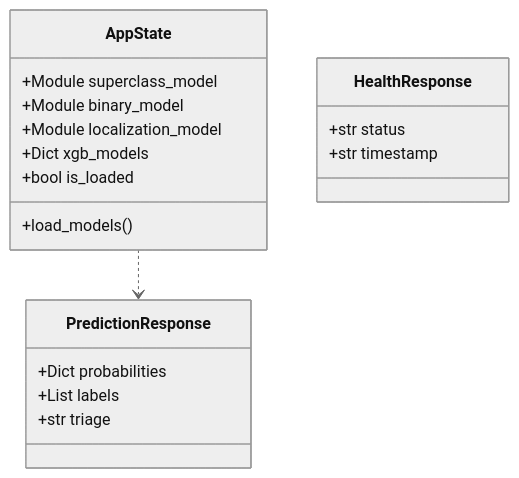
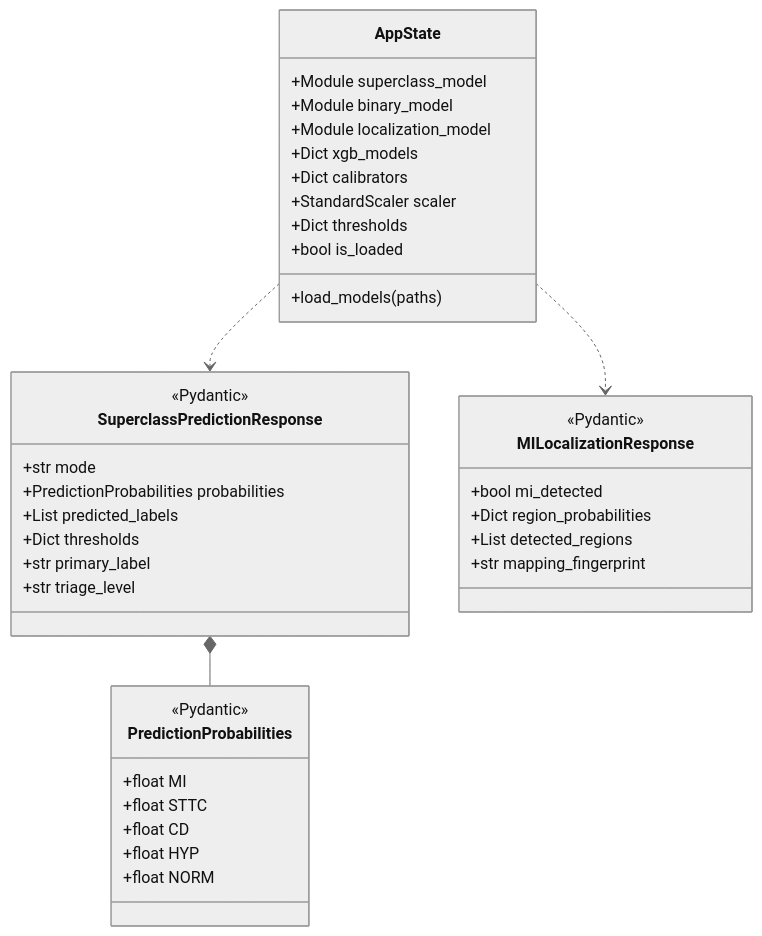
One commit to mUsaulug/CardioGuard-AI changed the fifth of 7 diagrams in docs/diagrams/03_class_diagram.md. Above: the diagram before and after it, drawn with Mermaid (neutral theme). The commit also changed other lines of this file and 3 other files, not shown here.

````diff
--- a/docs/diagrams/03_class_diagram.md
+++ b/docs/diagrams/03_class_diagram.md
@@ -186,26 +249,47 @@
 ```mermaid
 classDiagram
     direction TB
     
     class AppState {
         +Module superclass_model
         +Module binary_model
         +Module localization_model
         +Dict xgb_models
+        +Dict calibrators
+        +StandardScaler scaler
+        +Dict thresholds
         +bool is_loaded
-        +load_models()
+        +load_models(paths)
     }
     
-    class PredictionResponse {
-        +Dict probabilities
-        +List labels
-        +str triage
+    class PredictionProbabilities {
+        <<Pydantic>>
+        +float MI
+        +float STTC
+        +float CD
+        +float HYP
+        +float NORM
     }
     
-    class HealthResponse {
-        +str status
-        +str timestamp
+    class SuperclassPredictionResponse {
+        <<Pydantic>>
+        +str mode
+        +PredictionProbabilities probabilities
+        +List predicted_labels
+        +Dict thresholds
+        +str primary_label
+        +str triage_level
     }
     
-    AppState ..> PredictionResponse
+    class MILocalizationResponse {
+        <<Pydantic>>
+        +bool mi_detected
+        +Dict region_probabilities
+        +List detected_regions
+        +str mapping_fingerprint
+    }
+    
+    SuperclassPredictionResponse *-- PredictionProbabilities
+    AppState ..> SuperclassPredictionResponse
+    AppState ..> MILocalizationResponse
 ```
````
